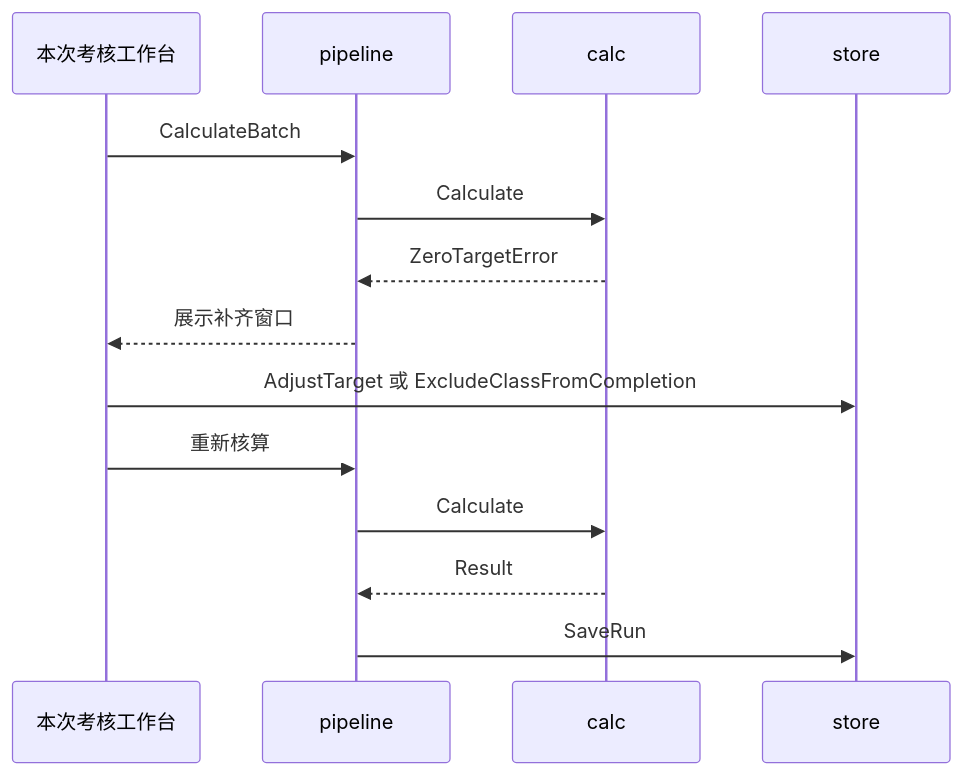
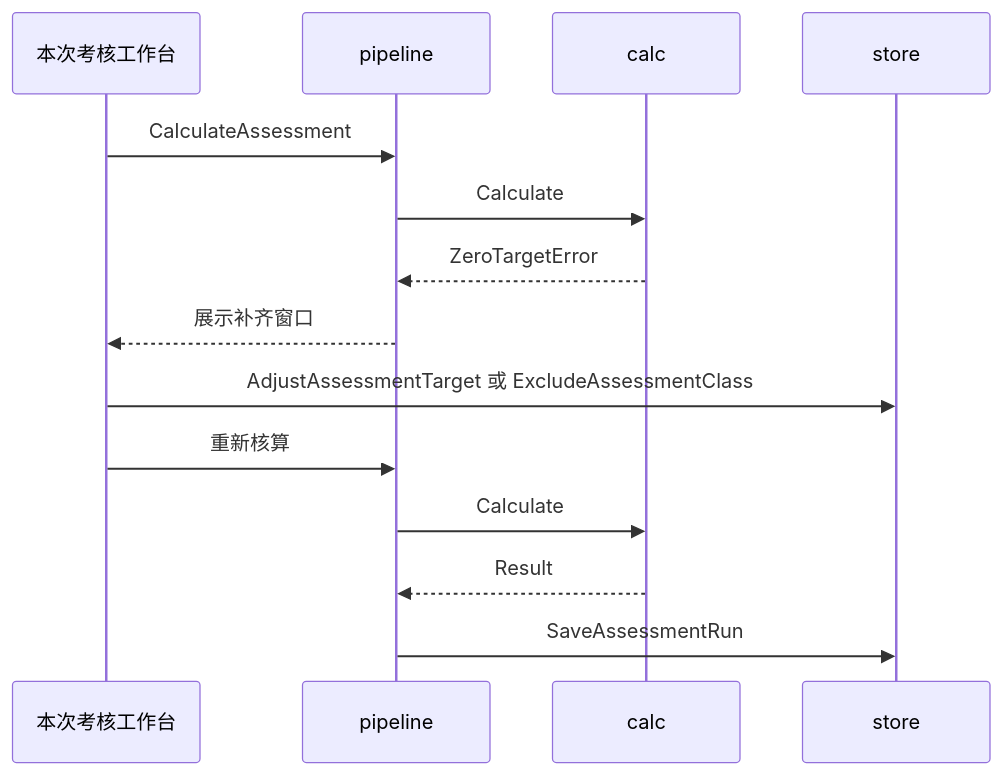
Before and after one commit to SivonLi/Tally: the fifth of 6 diagrams in docs/system-design.md, drawn with Mermaid. The commit also changed other lines of this file and 2 other files, not shown here.

First line of the commit message:
docs: 同步 Schema v1 与全校档案界面的设计文档

````diff
--- a/docs/system-design.md
+++ b/docs/system-design.md
@@ -463,16 +379,16 @@
 ```mermaid
 sequenceDiagram
   participant UI as 本次考核工作台
   participant P as pipeline
   participant C as calc
   participant DB as store
-  UI->>P: CalculateBatch
+  UI->>P: CalculateAssessment
   P->>C: Calculate
   C-->>P: ZeroTargetError
   P-->>UI: 展示补齐窗口
-  UI->>DB: AdjustTarget 或 ExcludeClassFromCompletion
+  UI->>DB: AdjustAssessmentTarget 或 ExcludeAssessmentClass
   UI->>P: 重新核算
   P->>C: Calculate
   C-->>P: Result
-  P->>DB: SaveRun
+  P->>DB: SaveAssessmentRun
 ```
````
